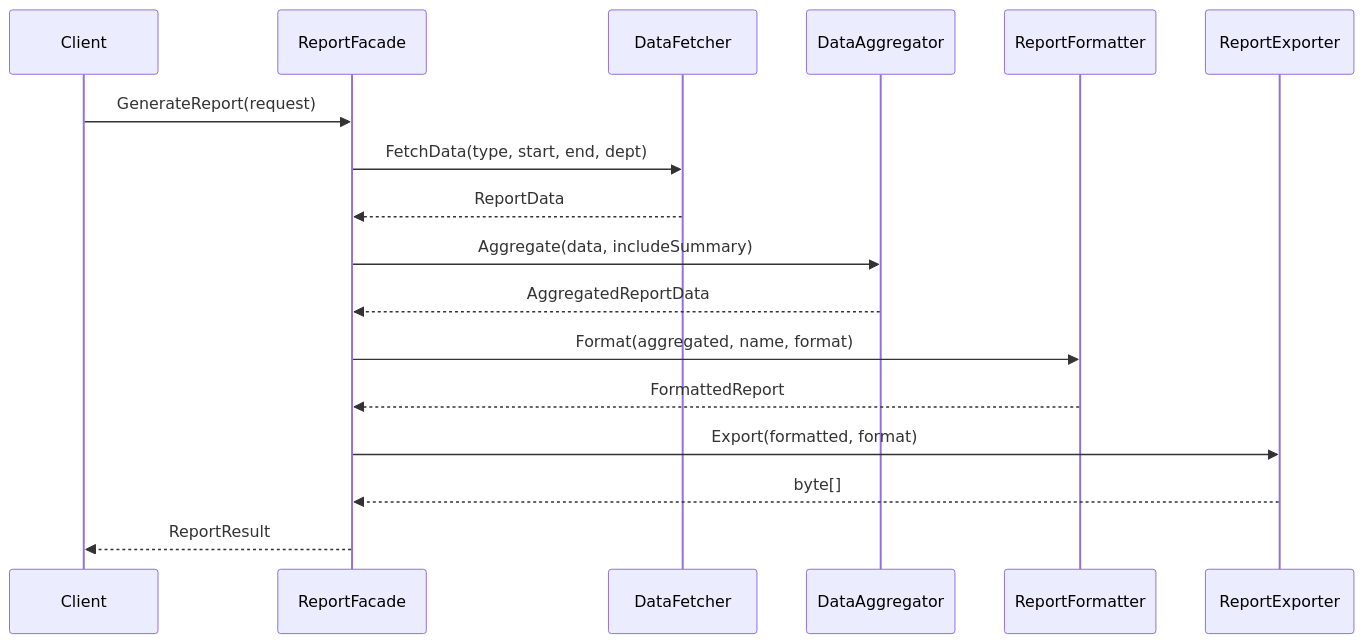
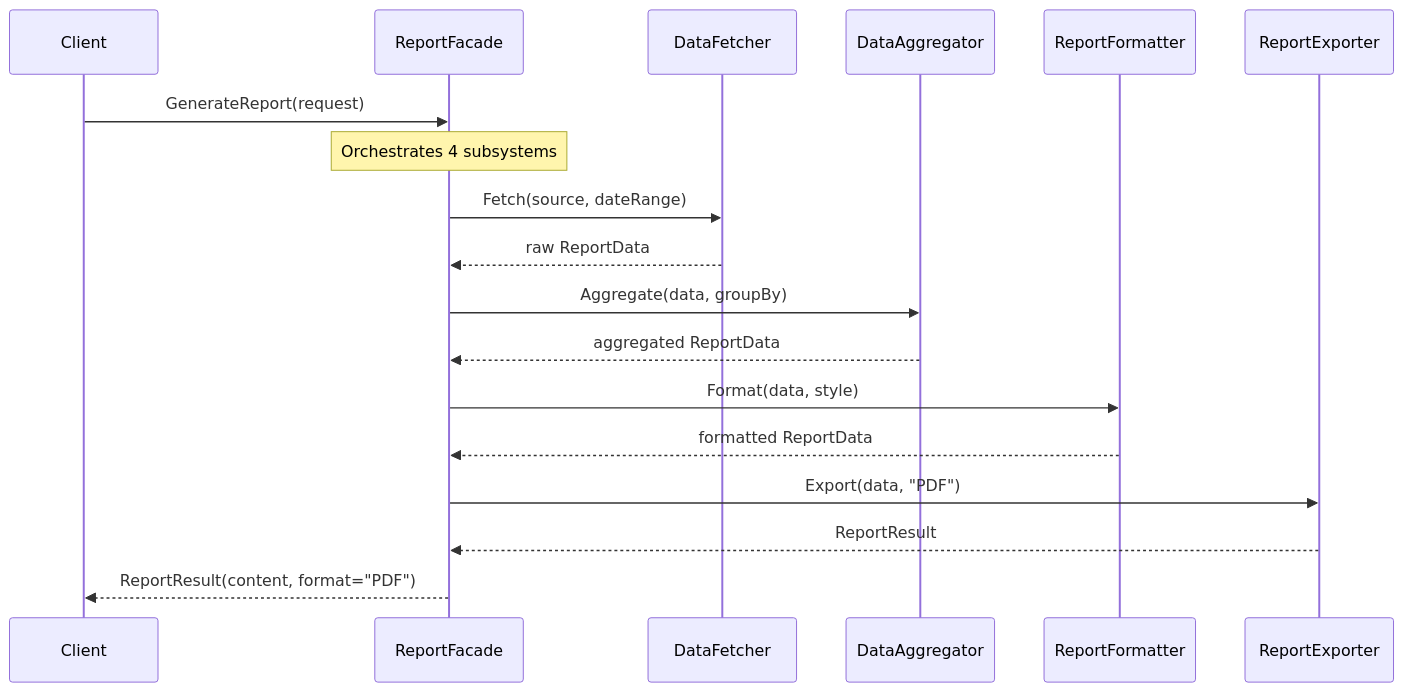
Before and after one commit to senapatisantosh/DotnetAdvanceDesignPattern: the second of 2 diagrams in src/DesignPatterns.Structural/Facade/README.md, drawn with Mermaid. The commit also changed other lines of this file and 2 other files, not shown here.

First line of the commit message:
feat: add decision matrix, comparison maps, update Facade README

````diff
--- a/src/DesignPatterns.Structural/Facade/README.md
+++ b/src/DesignPatterns.Structural/Facade/README.md
@@ -123,20 +131,26 @@
 ```mermaid
 sequenceDiagram
     participant Client
     participant Facade as ReportFacade
     participant Fetch as DataFetcher
     participant Agg as DataAggregator
     participant Fmt as ReportFormatter
-    participant Export as ReportExporter
+    participant Exp as ReportExporter
 
     Client->>Facade: GenerateReport(request)
-    Facade->>Fetch: FetchData(type, start, end, dept)
-    Fetch-->>Facade: ReportData
-    Facade->>Agg: Aggregate(data, includeSummary)
-    Agg-->>Facade: AggregatedReportData
-    Facade->>Fmt: Format(aggregated, name, format)
-    Fmt-->>Facade: FormattedReport
-    Facade->>Export: Export(formatted, format)
-    Export-->>Facade: byte[]
-    Facade-->>Client: ReportResult
+    Note over Facade: Orchestrates 4 subsystems
+
+    Facade->>Fetch: Fetch(source, dateRange)
+    Fetch-->>Facade: raw ReportData
+
+    Facade->>Agg: Aggregate(data, groupBy)
+    Agg-->>Facade: aggregated ReportData
+
+    Facade->>Fmt: Format(data, style)
+    Fmt-->>Facade: formatted ReportData
+
+    Facade->>Exp: Export(data, "PDF")
+    Exp-->>Facade: ReportResult
+
+    Facade-->>Client: ReportResult(content, format="PDF")
 ```
````
